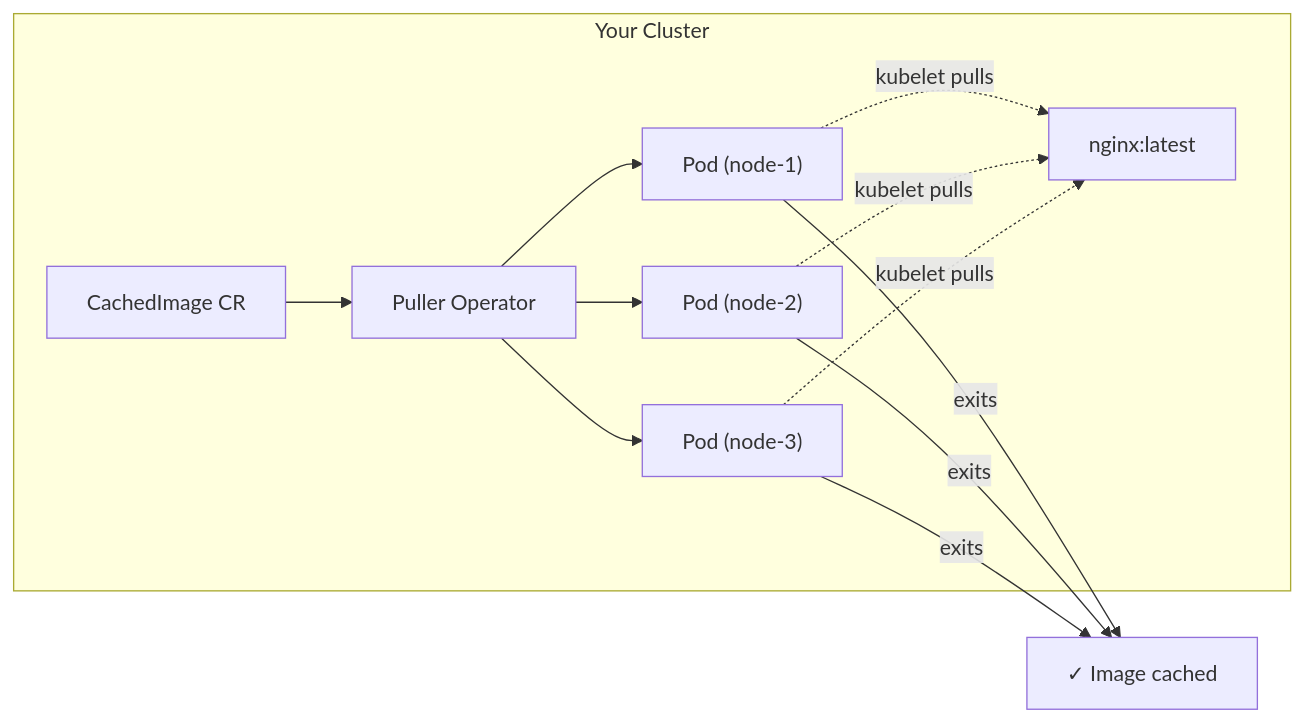
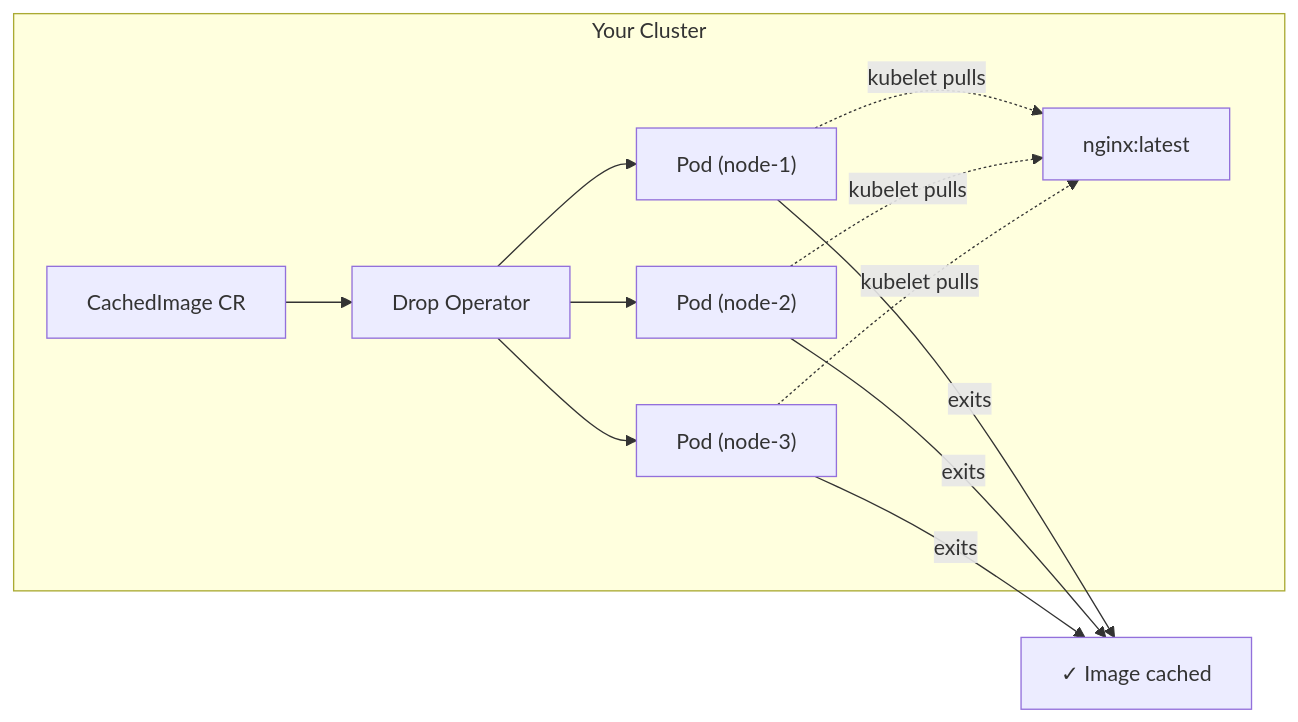
Before and after one commit to corewire/drop: the diagram in ai-docs/16-docs-redesign-proposal.md, drawn with Mermaid. The commit also changed other lines of this file and 166 other files, not shown here.

First line of the commit message:
feat!: rebrand to Drop operator (drop.corewire.io)

````diff
--- a/ai-docs/16-docs-redesign-proposal.md
+++ b/ai-docs/16-docs-redesign-proposal.md
@@ -14,15 +14,15 @@
 ```mermaid
 flowchart LR
   subgraph You["Your Cluster"]
-    CR["CachedImage CR"] --> Ctrl["Puller Operator"]
+    CR["CachedImage CR"] --> Ctrl["Drop Operator"]
     Ctrl --> Pod1["Pod (node-1)"]
     Ctrl --> Pod2["Pod (node-2)"]
     Ctrl --> Pod3["Pod (node-3)"]
     Pod1 -.->|"kubelet pulls"| Img["nginx:latest"]
     Pod2 -.->|"kubelet pulls"| Img
     Pod3 -.->|"kubelet pulls"| Img
   end
   Pod1 -->|"exits"| Done["✓ Image cached"]
   Pod2 -->|"exits"| Done
   Pod3 -->|"exits"| Done
 ```
````
